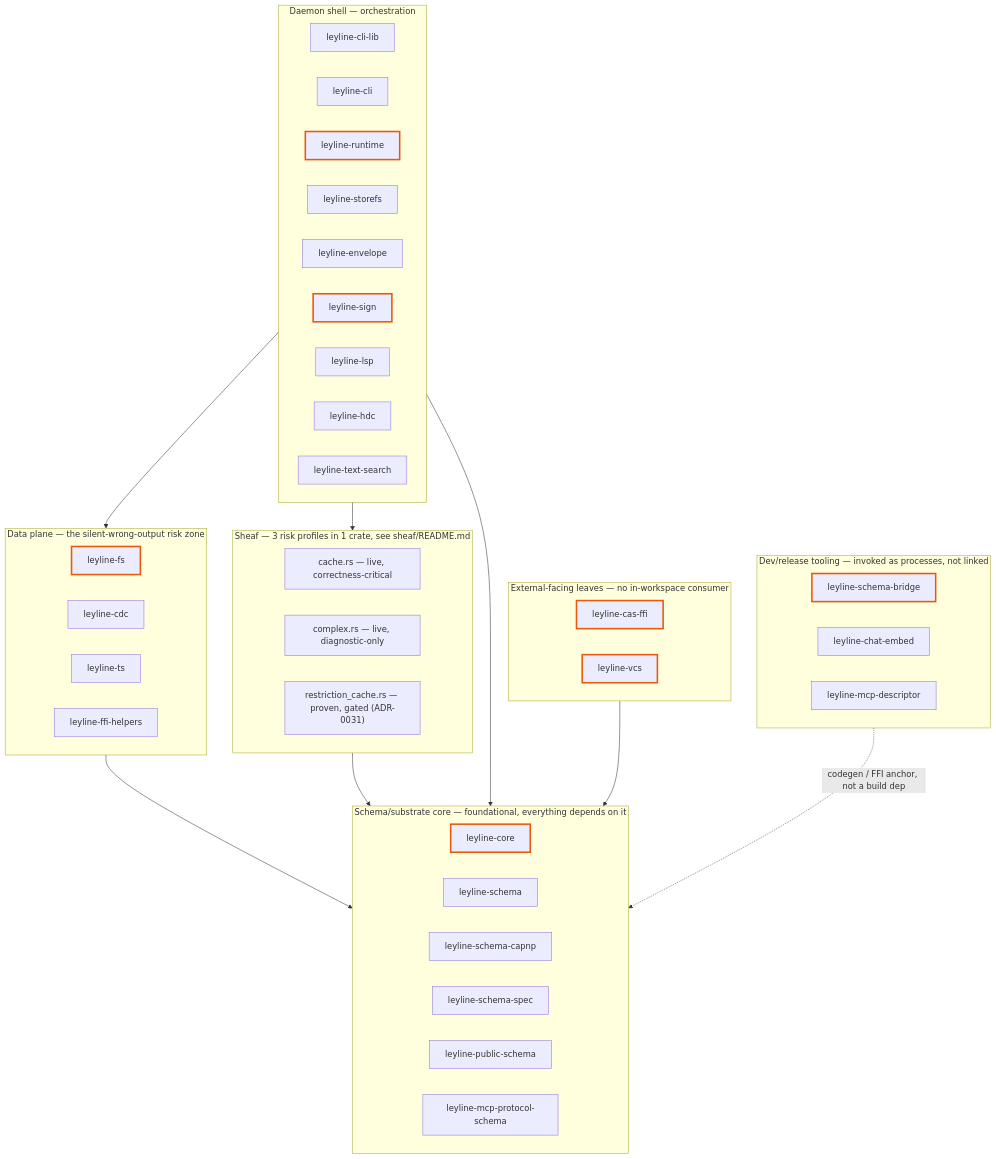
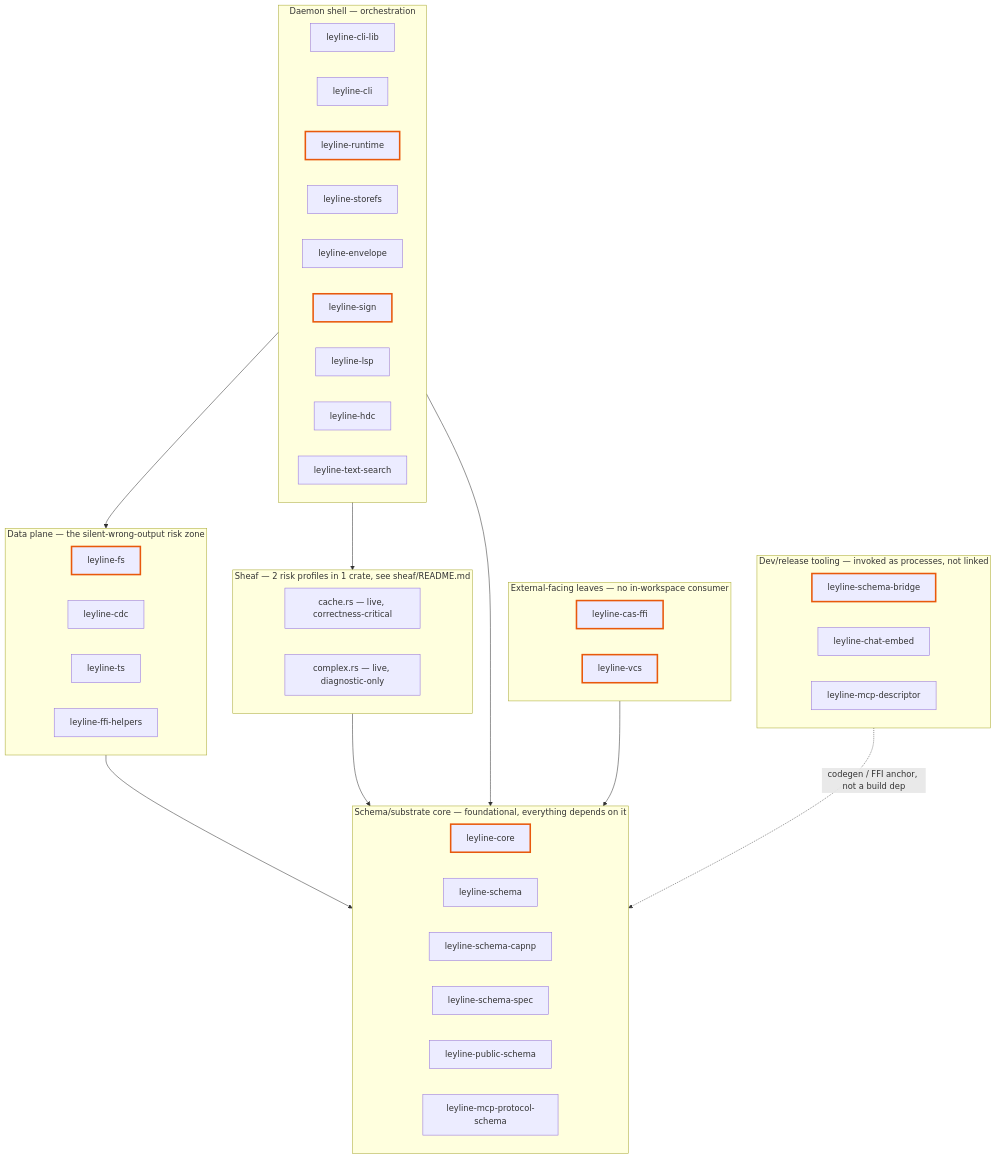
One commit to agentic-research/ley-line-open changed the diagram in rs/README.md. Above: the diagram before and after it, drawn with Mermaid. The commit also changed 44 other files, not shown here.

First line of the commit message:
[ley-line-open-afa952] chore: remove the sheaf restriction cache and the CDC nodes target

````diff
--- a/rs/README.md
+++ b/rs/README.md
@@ -44,58 +44,57 @@
 ```mermaid
 graph TD
     subgraph Substrate["Schema/substrate core — foundational, everything depends on it"]
         core[leyline-core]
         schema[leyline-schema]
         capnp[leyline-schema-capnp]
         spec[leyline-schema-spec]
         pubschema[leyline-public-schema]
         mcpproto[leyline-mcp-protocol-schema]
     end
 
     subgraph DataPlane["Data plane — the silent-wrong-output risk zone"]
         fs[leyline-fs]
         cdc[leyline-cdc]
         ts[leyline-ts]
         ffi[leyline-ffi-helpers]
     end
 
-    subgraph Sheaf["Sheaf — 3 risk profiles in 1 crate, see sheaf/README.md"]
+    subgraph Sheaf["Sheaf — 2 risk profiles in 1 crate, see sheaf/README.md"]
         sheafcache["cache.rs — live, correctness-critical"]
         sheafcomplex["complex.rs — live, diagnostic-only"]
-        sheafgated["restriction_cache.rs — proven, gated (ADR-0031)"]
     end
 
     subgraph DaemonShell["Daemon shell — orchestration"]
         clilib[leyline-cli-lib]
         cli[leyline-cli]
         runtime[leyline-runtime]
         storefs[leyline-storefs]
         envelope[leyline-envelope]
         sign[leyline-sign]
         lsp[leyline-lsp]
         hdc[leyline-hdc]
         textsearch[leyline-text-search]
     end
 
     subgraph ExternalLeaves["External-facing leaves — no in-workspace consumer"]
         casffi[leyline-cas-ffi]
         vcs[leyline-vcs]
     end
 
     subgraph Tools["Dev/release tooling — invoked as processes, not linked"]
         schemabridge[leyline-schema-bridge]
         chatembed[leyline-chat-embed]
         mcpdesc[leyline-mcp-descriptor]
     end
 
     DataPlane --> Substrate
     Sheaf --> Substrate
     DaemonShell --> DataPlane
     DaemonShell --> Sheaf
     DaemonShell --> Substrate
     ExternalLeaves --> Substrate
     Tools -.->|codegen / FFI anchor, not a build dep| Substrate
 
     classDef external stroke:#e8590c,stroke-width:3px
     class fs,runtime,sign,core,casffi,vcs,schemabridge external
 ```
````
